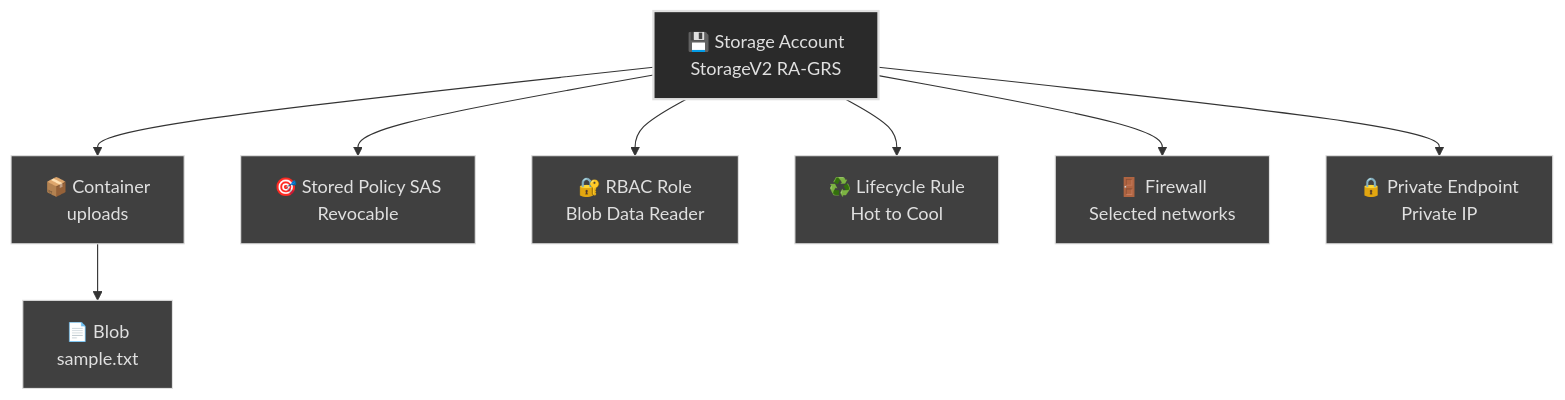
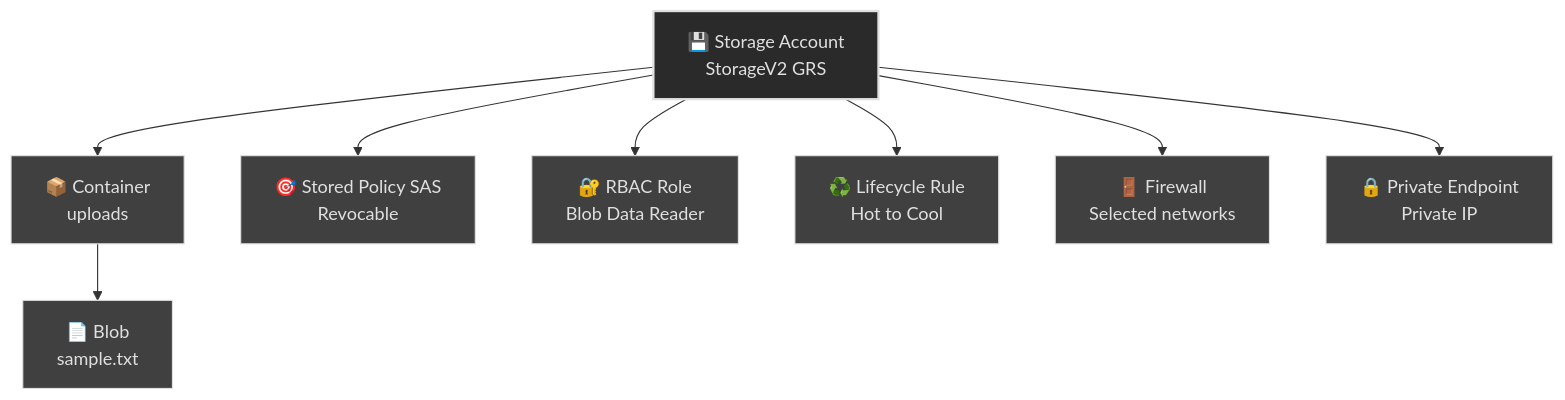
One commit to rubak714/azure-system-administration changed the first of 2 diagrams in 02-secure-storage/README.md. Above: the diagram before and after it, drawn with Mermaid. The commit also changed other lines of this file, not shown here.

Commit message:
docs: update redundancy guidance for GRS instead of RA-GRS in Germany West Central region

````diff
--- a/02-secure-storage/README.md
+++ b/02-secure-storage/README.md
@@ -39,35 +39,35 @@
 ```mermaid
 graph TB
-    ACC["💾 Storage Account<br/>StorageV2 RA-GRS"]
+    ACC["💾 Storage Account<br/>StorageV2 GRS"]
     
     CON["📦 Container<br/>uploads"]
     
     BLOB["📄 Blob<br/>sample.txt"]
     
     SAP["🎯 Stored Policy SAS<br/>Revocable"]
     
     RBAC["🔐 RBAC Role<br/>Blob Data Reader"]
     
     LIFE["♻️ Lifecycle Rule<br/>Hot to Cool"]
     
     FW["🚪 Firewall<br/>Selected networks"]
     
     PE["🔒 Private Endpoint<br/>Private IP"]
     
     ACC --> CON
     CON --> BLOB
     ACC --> SAP
     ACC --> RBAC
     ACC --> LIFE
     ACC --> FW
     ACC --> PE
     
     style ACC fill:#2a2a2a,stroke:#e0e0e0,stroke-width:2px,color:#e0e0e0
     style CON fill:#404040,stroke:#e0e0e0,stroke-width:1px,color:#e0e0e0
     style BLOB fill:#404040,stroke:#e0e0e0,stroke-width:1px,color:#e0e0e0
     style SAP fill:#404040,stroke:#e0e0e0,stroke-width:1px,color:#e0e0e0
     style RBAC fill:#404040,stroke:#e0e0e0,stroke-width:1px,color:#e0e0e0
     style LIFE fill:#404040,stroke:#e0e0e0,stroke-width:1px,color:#e0e0e0
     style FW fill:#404040,stroke:#e0e0e0,stroke-width:1px,color:#e0e0e0
     style PE fill:#404040,stroke:#e0e0e0,stroke-width:1px,color:#e0e0e0
 ```
````
